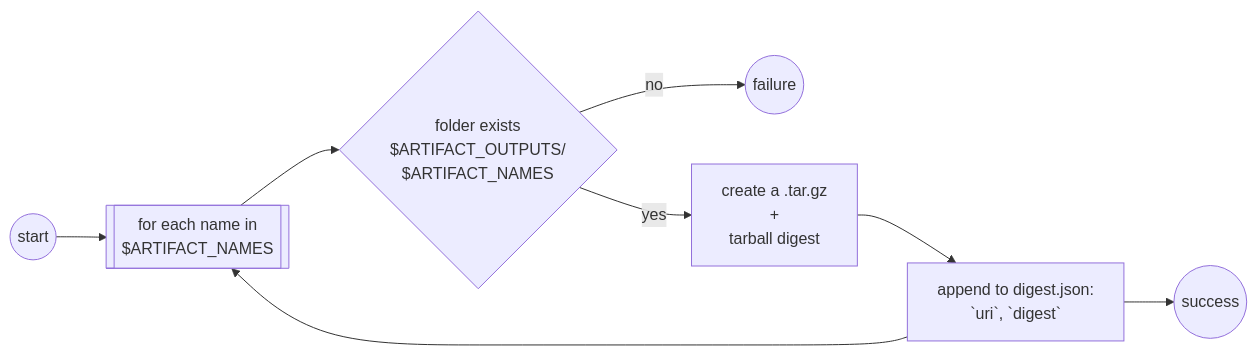
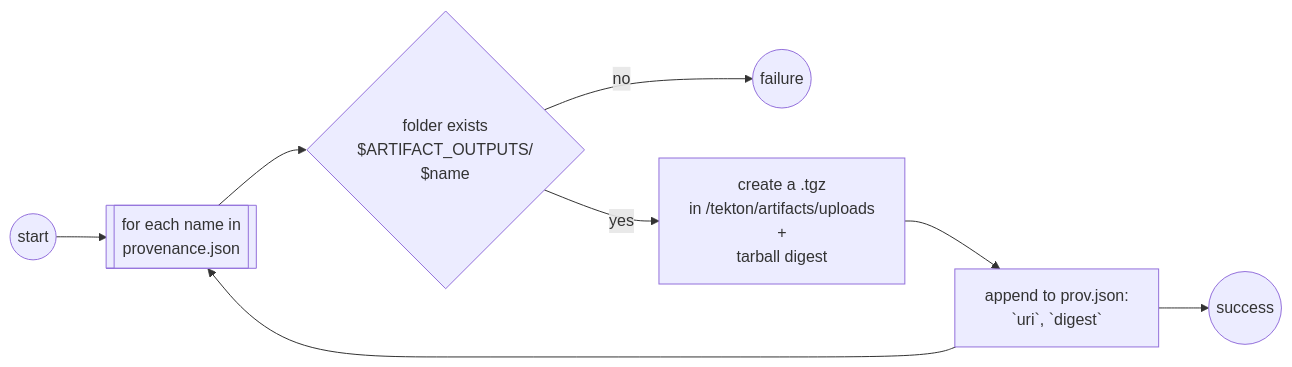
The second of 3 diagrams in teps/0139-trusted-artifacts.md (tektoncd/community), drawn with Mermaid before and after one commit. The commit also changed other lines of this file, not shown here.

Commit message:
Update the digest step details and add the upload

````diff
--- a/teps/0139-trusted-artifacts.md
+++ b/teps/0139-trusted-artifacts.md
@@ -447,10 +447,10 @@
 ```mermaid
 flowchart LR
   start(( start )) --> loop
-  loop[[for each name in\n $ARTIFACT_NAMES]] --> check{folder exists\n$ARTIFACT_OUTPUTS/\n$ARTIFACT_NAMES}
+  loop[[for each name in\n provenance.json]] --> check{folder exists\n$ARTIFACT_OUTPUTS/\n$name}
   check -- no --> failure(( failure ))
-  check -- yes --> tarball[create a .tar.gz\n+\ntarball digest]
-  tarball --> meta[append to digest.json:\n`uri`, `digest`]
+  check -- yes --> tarball[create a .tgz\nin /tekton/artifacts/uploads\n+\ntarball digest]
+  tarball --> meta[append to prov.json:\n`uri`, `digest`]
   meta --> loop
   meta --> done(( success ))
 ```
````
